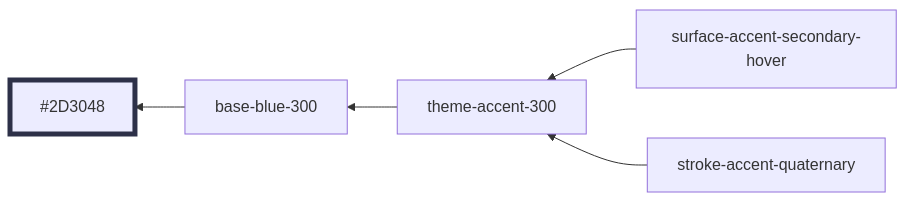
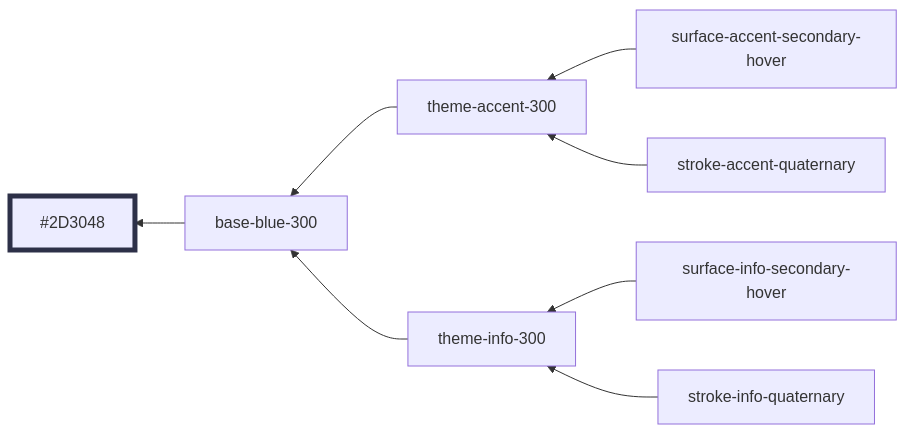
Diagram 35 of 51 in styles/dist/blue.md (oxidecomputer/design-system), drawn with Mermaid before and after one commit. The commit also changed other lines of this file and 8 other files, not shown here.

````diff
--- a/styles/dist/blue.md
+++ b/styles/dist/blue.md
@@ -398,9 +401,12 @@
 ```mermaid
 graph RL
   base-blue-300 --> #2D3048:::base-blue-300
   surface-accent-secondary-hover --> theme-accent-300
+  surface-info-secondary-hover --> theme-info-300
   stroke-accent-quaternary --> theme-accent-300
+  stroke-info-quaternary --> theme-info-300
   theme-accent-300 --> base-blue-300
+  theme-info-300 --> base-blue-300
 
 	classDef base-blue-300 stroke-width:5,stroke:#2D3048
 ```
````
